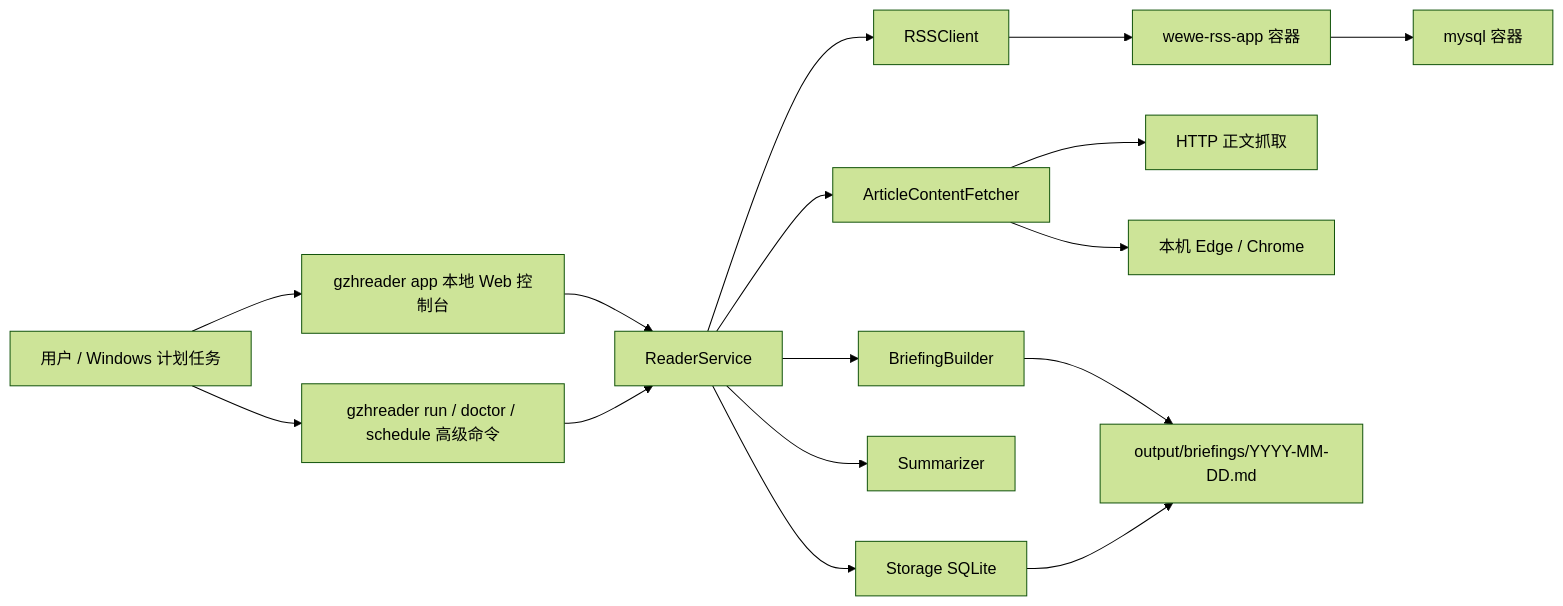
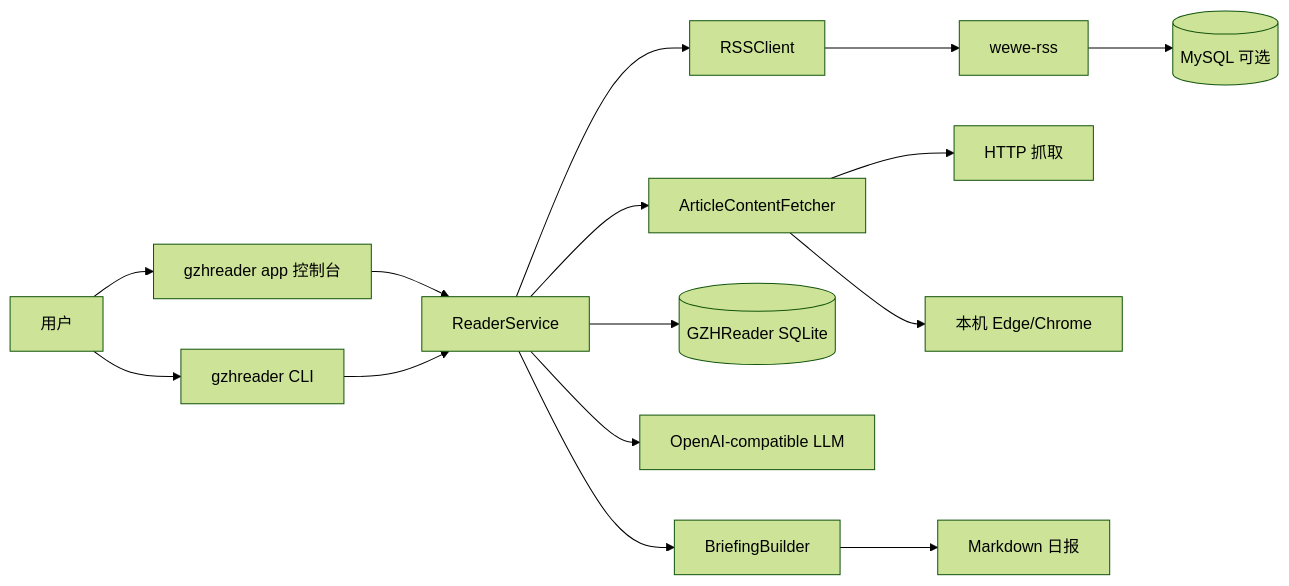
One commit to zhiwuyazhe-fjr/GZHReader changed the diagram in README.md. Above: the diagram before and after it, drawn with Mermaid (forest theme). The commit also changed other lines of this file and 18 other files, not shown here.

````diff
--- a/README.md
+++ b/README.md
@@ -55,23 +63,22 @@
 ```mermaid
 flowchart LR
-    U[用户 / Windows 计划任务] --> GUI[gzhreader app 本地 Web 控制台]
-    U --> CLI[gzhreader run / doctor / schedule 高级命令]
+    U[用户] --> GUI[gzhreader app 控制台]
+    U --> CLI[gzhreader CLI]
 
     GUI --> S[ReaderService]
     CLI --> S
 
-    S --> R[RSSClient]
-    S --> F[ArticleContentFetcher]
-    S --> DB[Storage SQLite]
-    S --> LLM[Summarizer]
-    S --> B[BriefingBuilder]
+    S --> RSS[RSSClient]
+    S --> FETCH[ArticleContentFetcher]
+    S --> DB[(GZHReader SQLite)]
+    S --> LLM[OpenAI-compatible LLM]
+    S --> BRIEF[BriefingBuilder]
 
-    R --> WR[wewe-rss-app 容器]
-    WR --> MYSQL[mysql 容器]
+    RSS --> WR[wewe-rss]
+    WR --> MYSQL[(MySQL 可选)]
 
-    F --> HTTP[HTTP 正文抓取]
-    F --> BROWSER[本机 Edge / Chrome]
+    FETCH --> HTTP[HTTP 抓取]
+    FETCH --> BROWSER[本机 Edge/Chrome]
 
-    B --> MD[output/briefings/YYYY-MM-DD.md]
-    DB --> MD
+    BRIEF --> MD[Markdown 日报]
 ```
````
